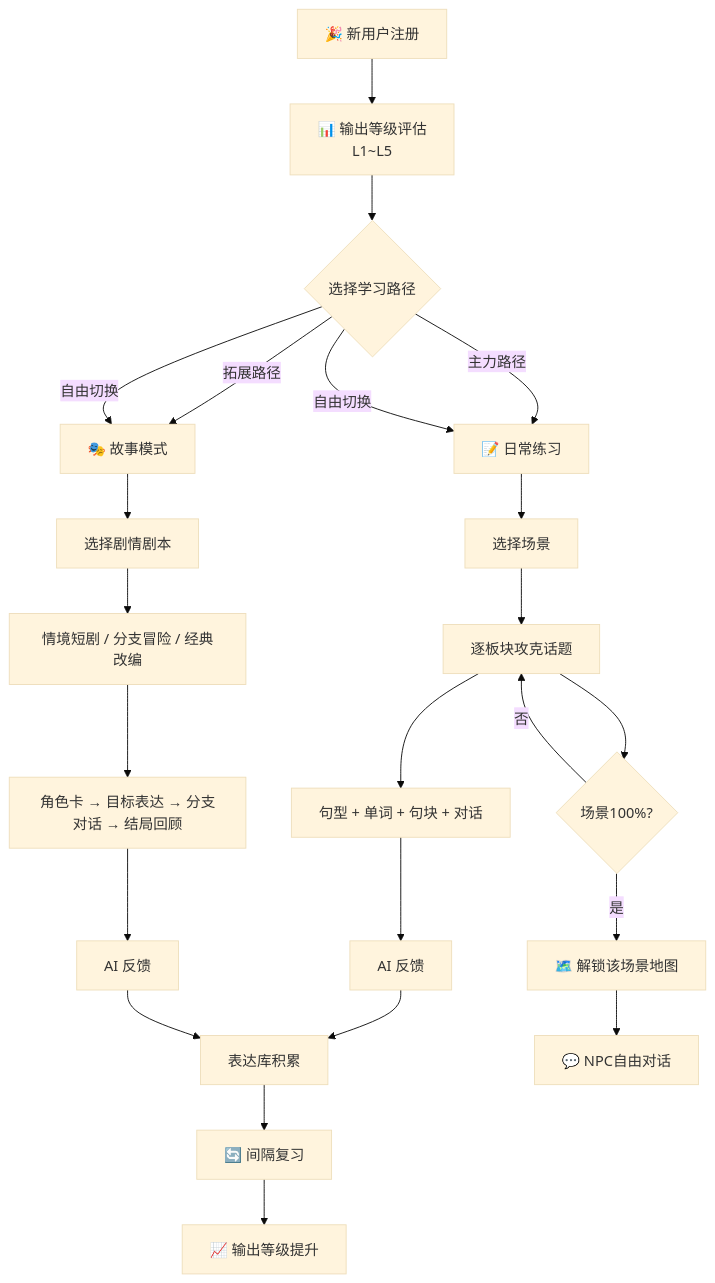
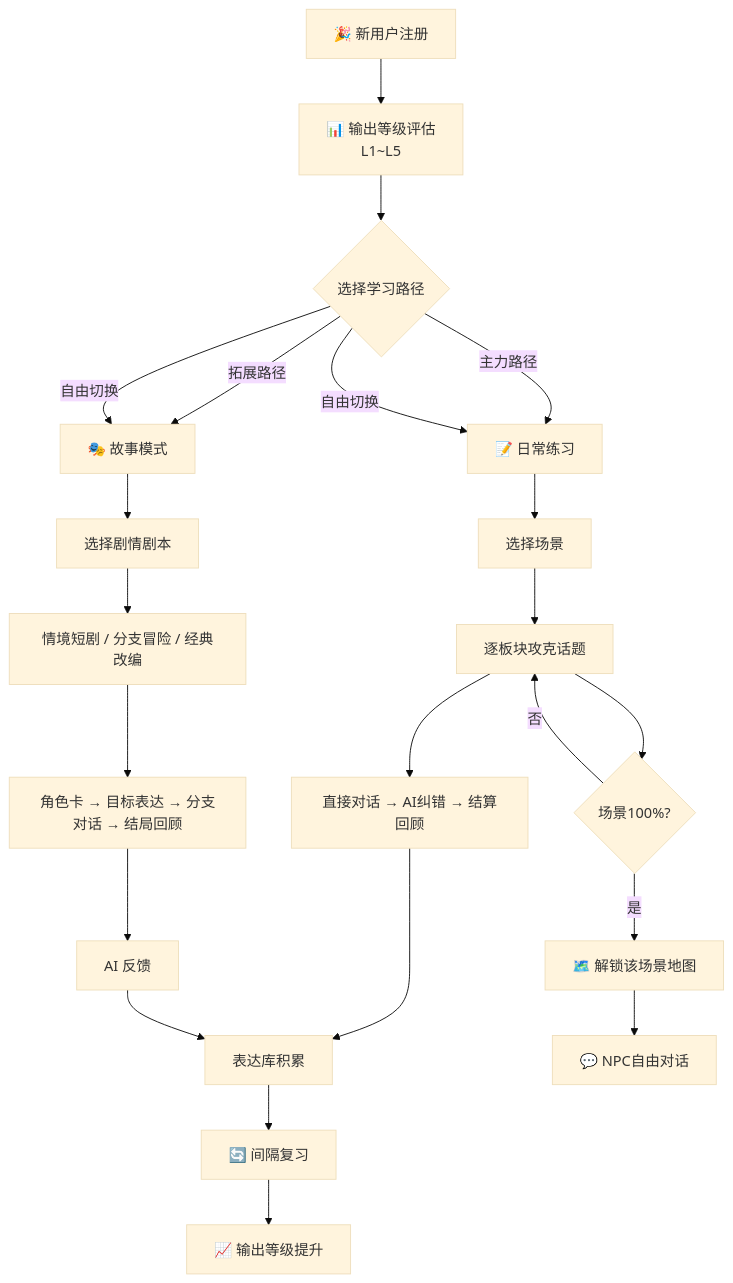
Before and after one commit to kirohuji/speakGuild: the ninth of 10 diagrams in docs/story/content-architecture-design.md, drawn with Mermaid (base theme). The commit also changed other lines of this file and 11 other files, not shown here.

````diff
--- a/docs/story/content-architecture-design.md
+++ b/docs/story/content-architecture-design.md
@@ -644,29 +736,28 @@
 ```mermaid
 flowchart TB
     A[🎉 新用户注册] --> B[📊 输出等级评估<br/>L1~L5]
     B --> C{选择学习路径}
     
     C -->|主力路径| D[📝 日常练习]
     C -->|拓展路径| J[🎭 故事模式]
     C -->|自由切换| D & J
     
     D --> D1[选择场景]
     D1 --> D2[逐板块攻克话题]
-    D2 --> D3[句型 + 单词 + 句块 + 对话]
-    D3 --> D4[AI 反馈]
-    D4 --> D5[表达库积累]
+    D2 --> D3[直接对话 → AI纠错 → 结算回顾]
+    D3 --> D4[表达库积累]
     
     D2 --> E{场景100%?}
     E -->|是| F[🗺️ 解锁该场景地图]
     F --> G[💬 NPC自由对话]
     E -->|否| D2
     
     J --> J1[选择剧情剧本]
     J1 --> J2[情境短剧 / 分支冒险 / 经典改编]
     J2 --> J3[角色卡 → 目标表达 → 分支对话 → 结局回顾]
     J3 --> J4[AI 反馈]
-    J4 --> D5
+    J4 --> D4
     
-    D5 --> H[🔄 间隔复习]
+    D4 --> H[🔄 间隔复习]
     H --> I[📈 输出等级提升]
 ```
````
